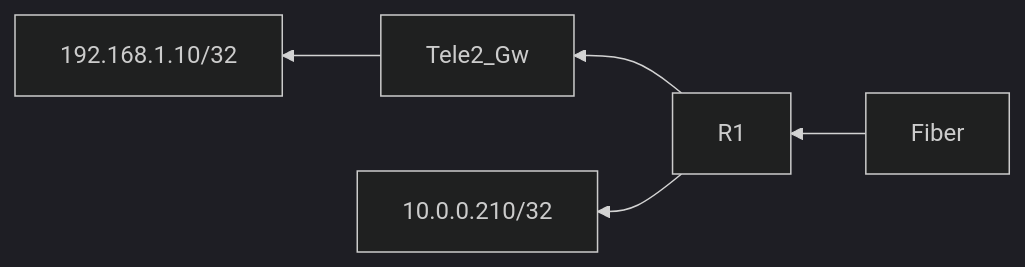
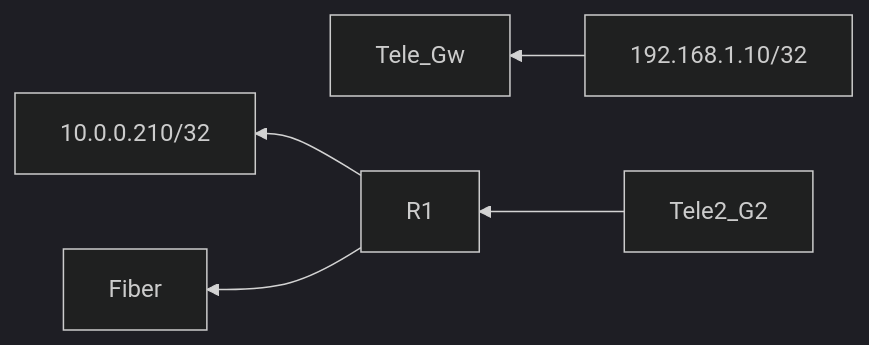
The third of 3 diagrams in Topology.md (notkasim/DOCS), drawn with Mermaid (dark theme) before and after one commit.

````diff
--- a/Topology.md
+++ b/Topology.md
@@ -17,7 +17,7 @@
 ```mermaid
 graph RL;
-    Fiber-->R1;
-    R1-->Tele2_Gw;
+    192.168.1.10/32-->Tele_Gw;
+    Tele2_G2-->R1;
     R1-->10.0.0.210/32;
-    Tele2_Gw-->192.168.1.10/32;
+    R1-->Fiber;
 ```
````
